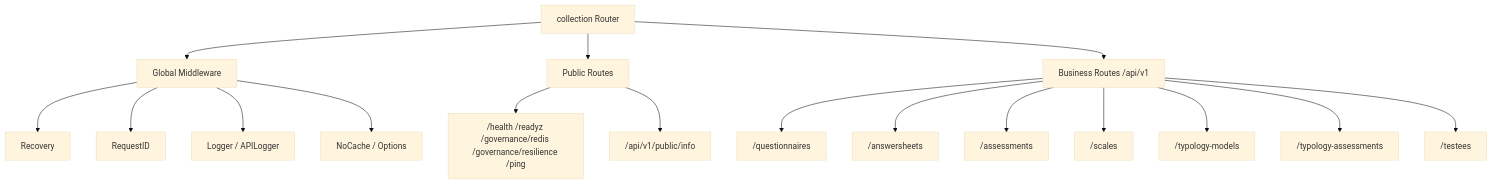
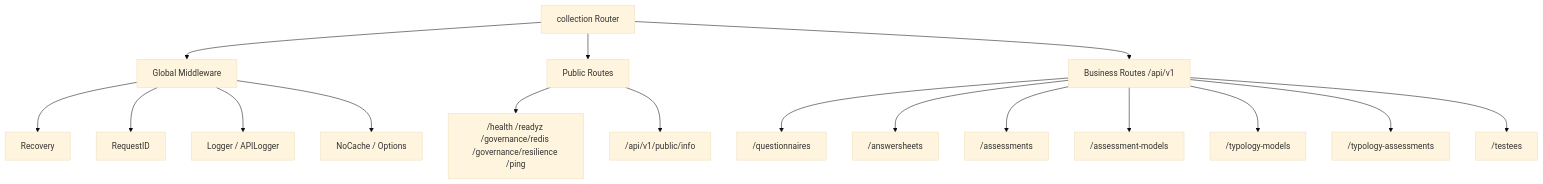
Before and after one commit to FangcunMount/qs-server: the diagram in docs/04-接口与运维/02-collection-REST.md, drawn with Mermaid (base theme). The commit also changed other lines of this file and 267 other files, not shown here.

````diff
--- a/docs/04-接口与运维/02-collection-REST.md
+++ b/docs/04-接口与运维/02-collection-REST.md
@@ -28,28 +28,28 @@
 ```mermaid
 flowchart TB
     Router["collection Router"]
 
     Global["Global Middleware"]
     Public["Public Routes"]
     Biz["Business Routes /api/v1"]
 
     Router --> Global
     Router --> Public
     Router --> Biz
 
     Global --> recovery["Recovery"]
     Global --> requestID["RequestID"]
     Global --> logger["Logger / APILogger"]
     Global --> nocache["NoCache / Options"]
 
     Public --> health["/health /readyz /governance/redis /governance/resilience /ping"]
     Public --> info["/api/v1/public/info"]
 
     Biz --> questionnaire["/questionnaires"]
     Biz --> answersheets["/answersheets"]
     Biz --> assessments["/assessments"]
-    Biz --> scales["/scales"]
+    Biz --> models["/assessment-models"]
     Biz --> typologyModels["/typology-models"]
     Biz --> typologyAssessments["/typology-assessments"]
     Biz --> testees["/testees"]
 ```
````
